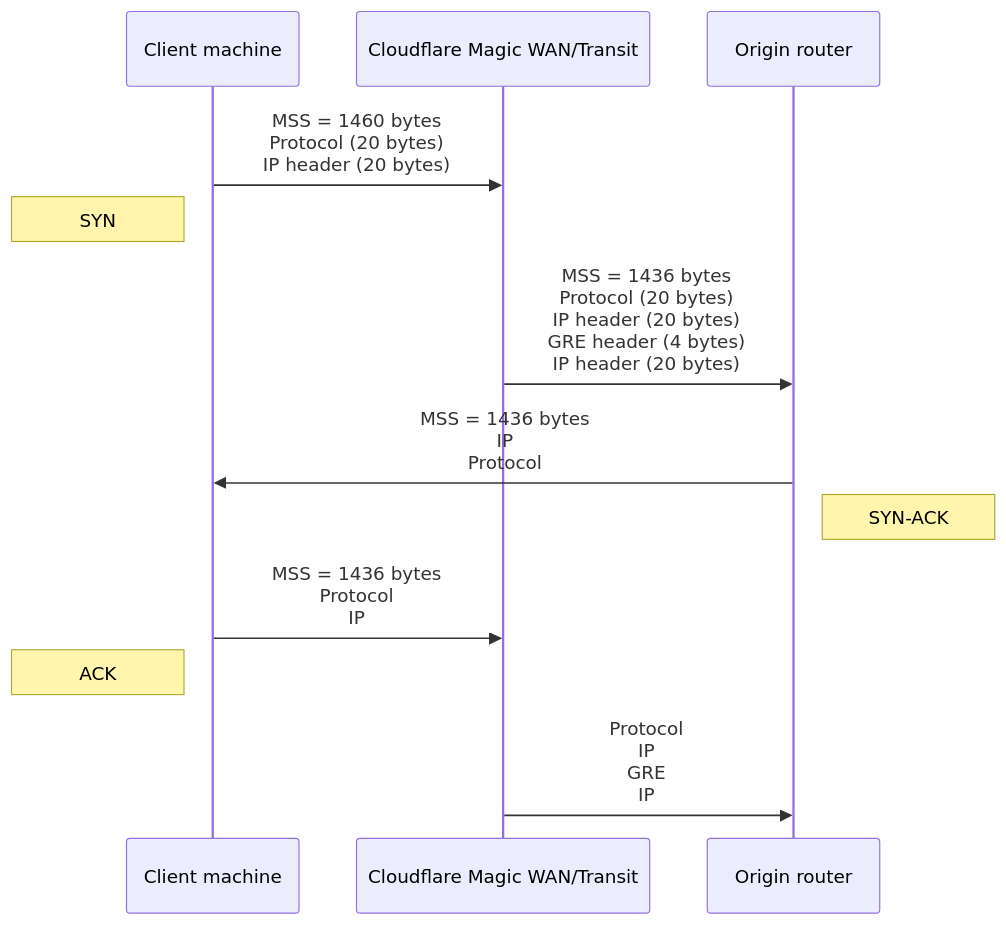
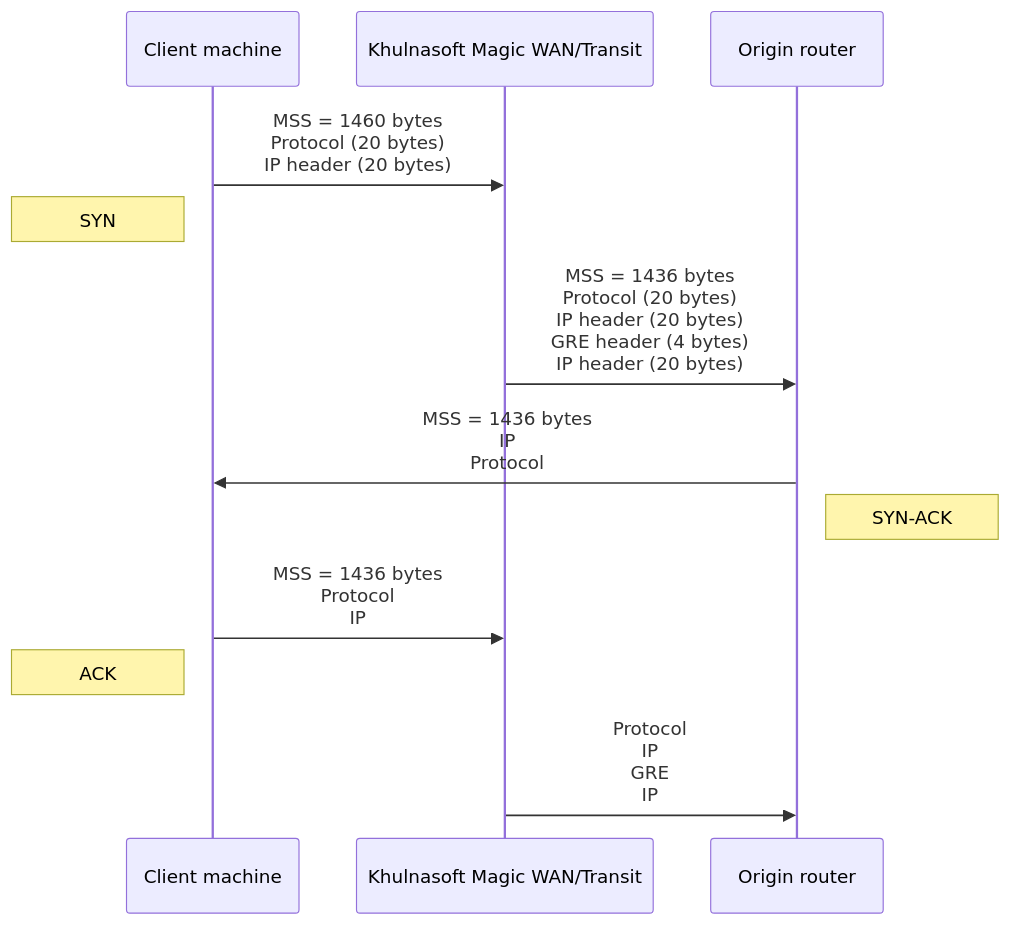
One commit to NxPKG/khulnasoft-docs changed the diagram in content/magic-transit/_partials/_maximum-segment-size.md. Above: the diagram before and after it, drawn with Mermaid. The commit also changed other lines of this file and 2914 other files, not shown here.

````diff
--- a/content/magic-transit/_partials/_maximum-segment-size.md
+++ b/content/magic-transit/_partials/_maximum-segment-size.md
@@ -11,16 +11,16 @@
 ```mermaid
 sequenceDiagram
 accTitle: Magic WAN
 accDescr: Maximum segment size
 participant A as Client machine
-participant B as Cloudflare Magic WAN/Transit
+participant B as Khulnasoft Magic WAN/Transit
 participant C as Origin router
 A->>B: MSS = 1460 bytes <br> Protocol (20 bytes) <br> IP header (20 bytes)
 Note left of A: SYN
 B->>C: MSS = 1436 bytes <br> Protocol (20 bytes) <br> IP header (20 bytes) <br> GRE header (4 bytes) <br> IP header (20 bytes)
 C->>A: MSS = 1436 bytes <br> IP <br> Protocol
 Note right of C: SYN-ACK
 A->>B: MSS = 1436 bytes <br> Protocol <br> IP
 Note left of A: ACK
 B->>C: Protocol <br> IP <br> GRE <br> IP
 ```
````
